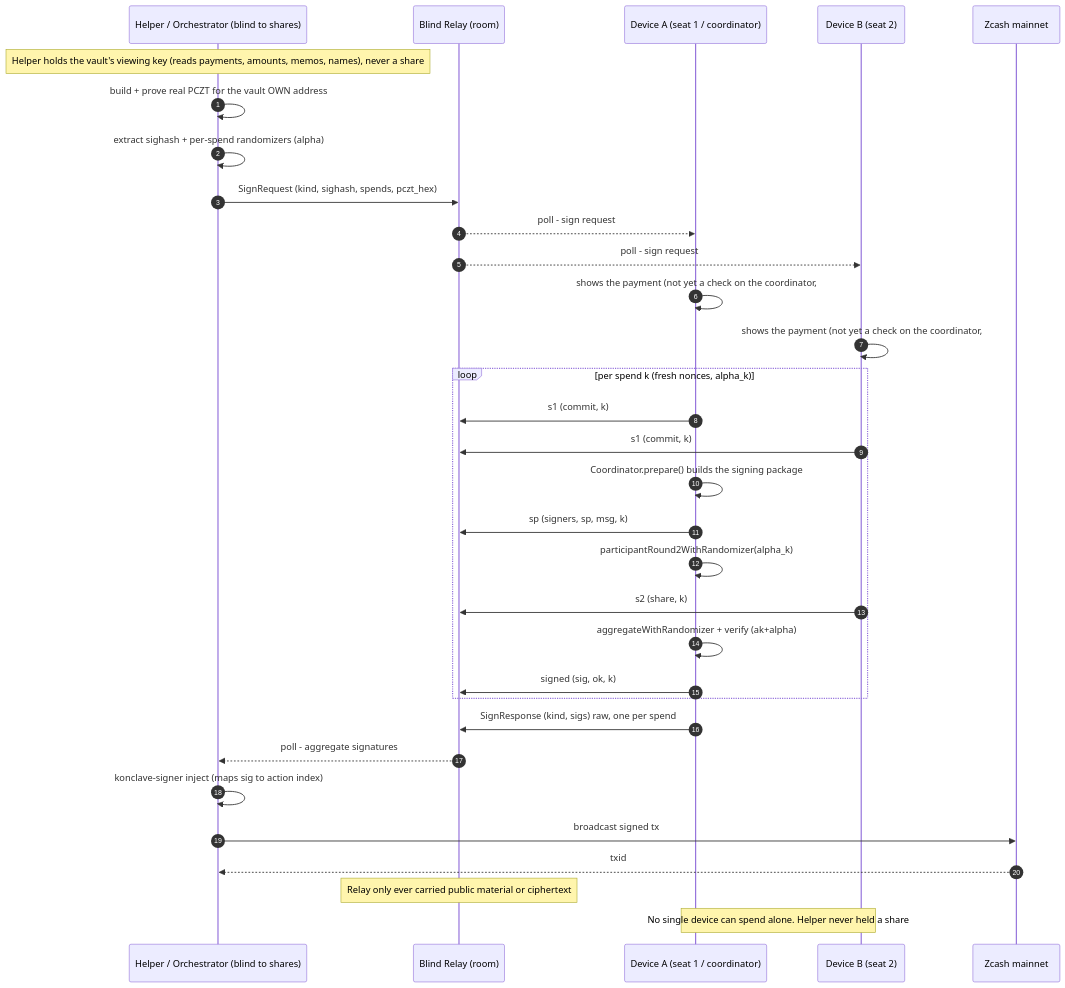
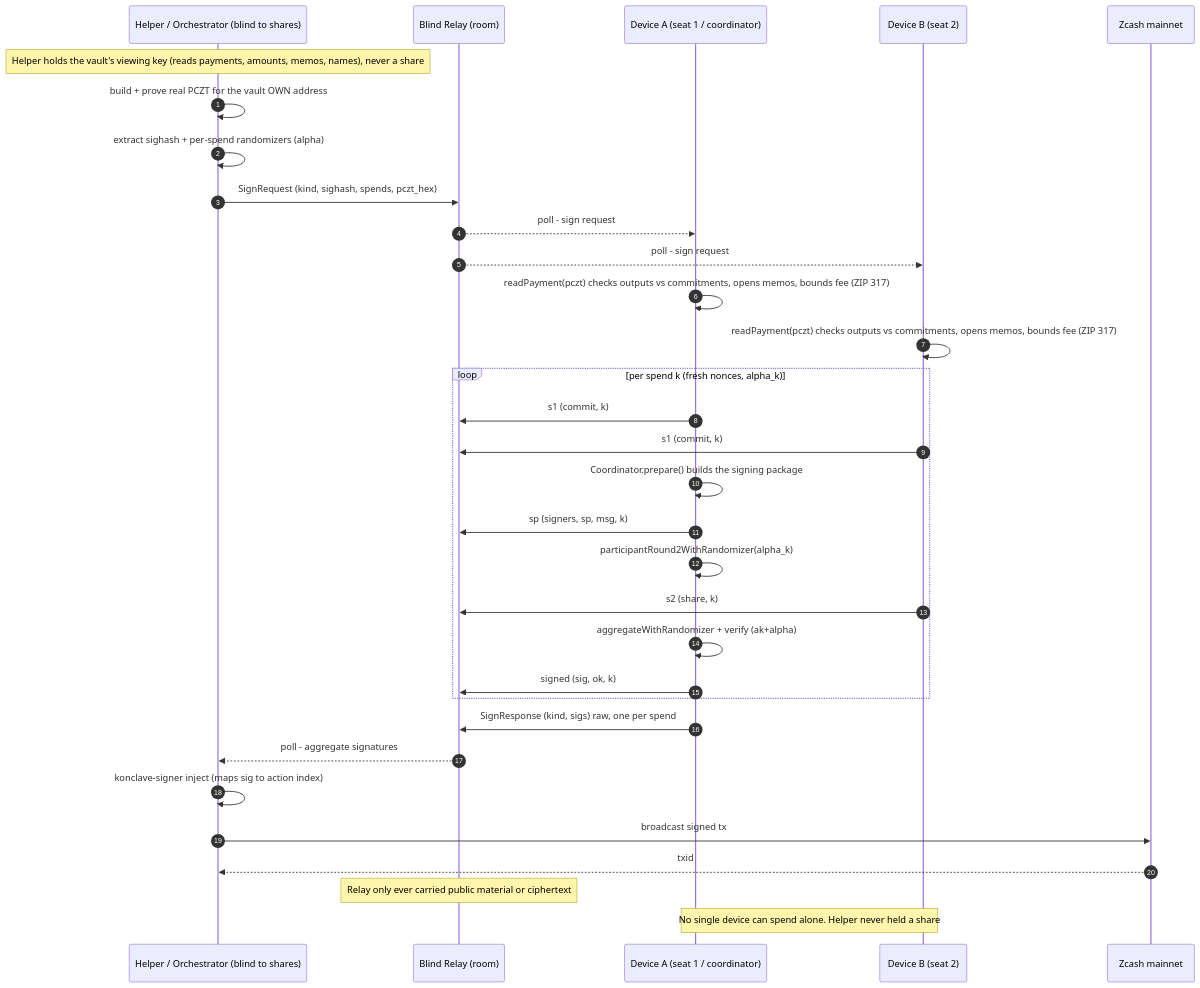
One commit to deegalabs/konclave changed the seventh of 7 diagrams in docs/GUIDE.md. Above: the diagram before and after it, drawn with Mermaid. The commit also changed 95 other files, not shown here.

First line of the commit message:
security(signer): a device checks the payment it signs against the transaction itself (#610)

````diff
--- a/docs/GUIDE.md
+++ b/docs/GUIDE.md
@@ -582,37 +582,37 @@
 ```mermaid
 sequenceDiagram
     autonumber
     participant H as Helper / Orchestrator (blind to shares)
     participant BR as Blind Relay (room)
     participant DA as Device A (seat 1 / coordinator)
     participant DB as Device B (seat 2)
     participant Z as Zcash mainnet
 
     Note over H: Helper holds the vault's viewing key (reads payments, amounts, memos, names), never a share
     H->>H: build + prove real PCZT for the vault OWN address
     H->>H: extract sighash + per-spend randomizers (alpha)
     H->>BR: SignRequest (kind, sighash, spends, pczt_hex)
     BR-->>DA: poll - sign request
     BR-->>DB: poll - sign request
 
-    DA->>DA: shows the payment (not yet a check on the coordinator, #610)
-    DB->>DB: shows the payment (not yet a check on the coordinator, #610)
+    DA->>DA: readPayment(pczt) checks outputs vs commitments, opens memos, bounds fee (ZIP 317)
+    DB->>DB: readPayment(pczt) checks outputs vs commitments, opens memos, bounds fee (ZIP 317)
     loop per spend k (fresh nonces, alpha_k)
         DA->>BR: s1 (commit, k)
         DB->>BR: s1 (commit, k)
         DA->>DA: Coordinator.prepare() builds the signing package
         DA->>BR: sp (signers, sp, msg, k)
         DA->>DA: participantRound2WithRandomizer(alpha_k)
         DB->>BR: s2 (share, k)
         DA->>DA: aggregateWithRandomizer + verify (ak+alpha)
         DA->>BR: signed (sig, ok, k)
     end
 
     DA->>BR: SignResponse (kind, sigs) raw, one per spend
     BR-->>H: poll - aggregate signatures
     H->>H: konclave-signer inject (maps sig to action index)
     H->>Z: broadcast signed tx
     Z-->>H: txid
     Note over BR: Relay only ever carried public material or ciphertext
     Note over DA,DB: No single device can spend alone. Helper never held a share
 ```
````
